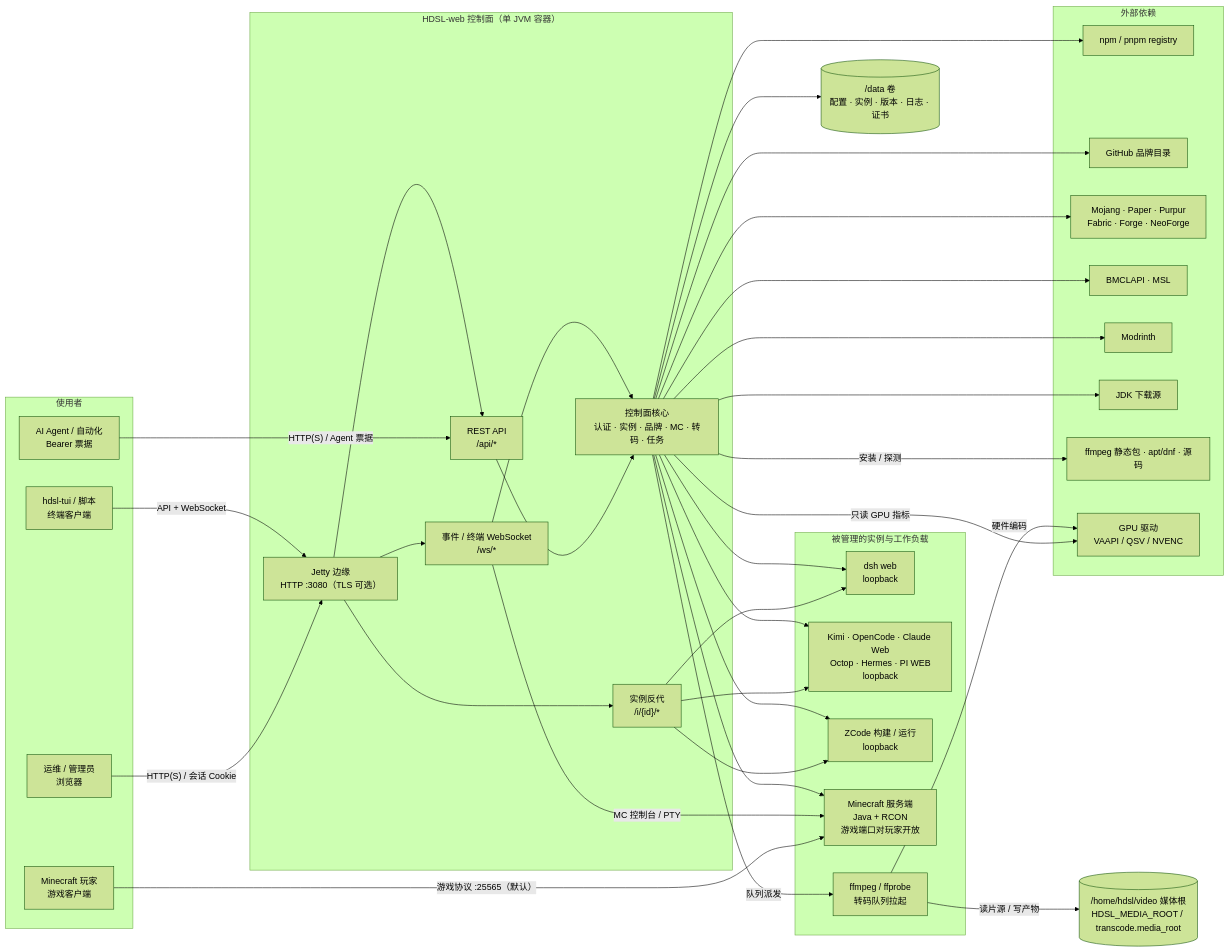
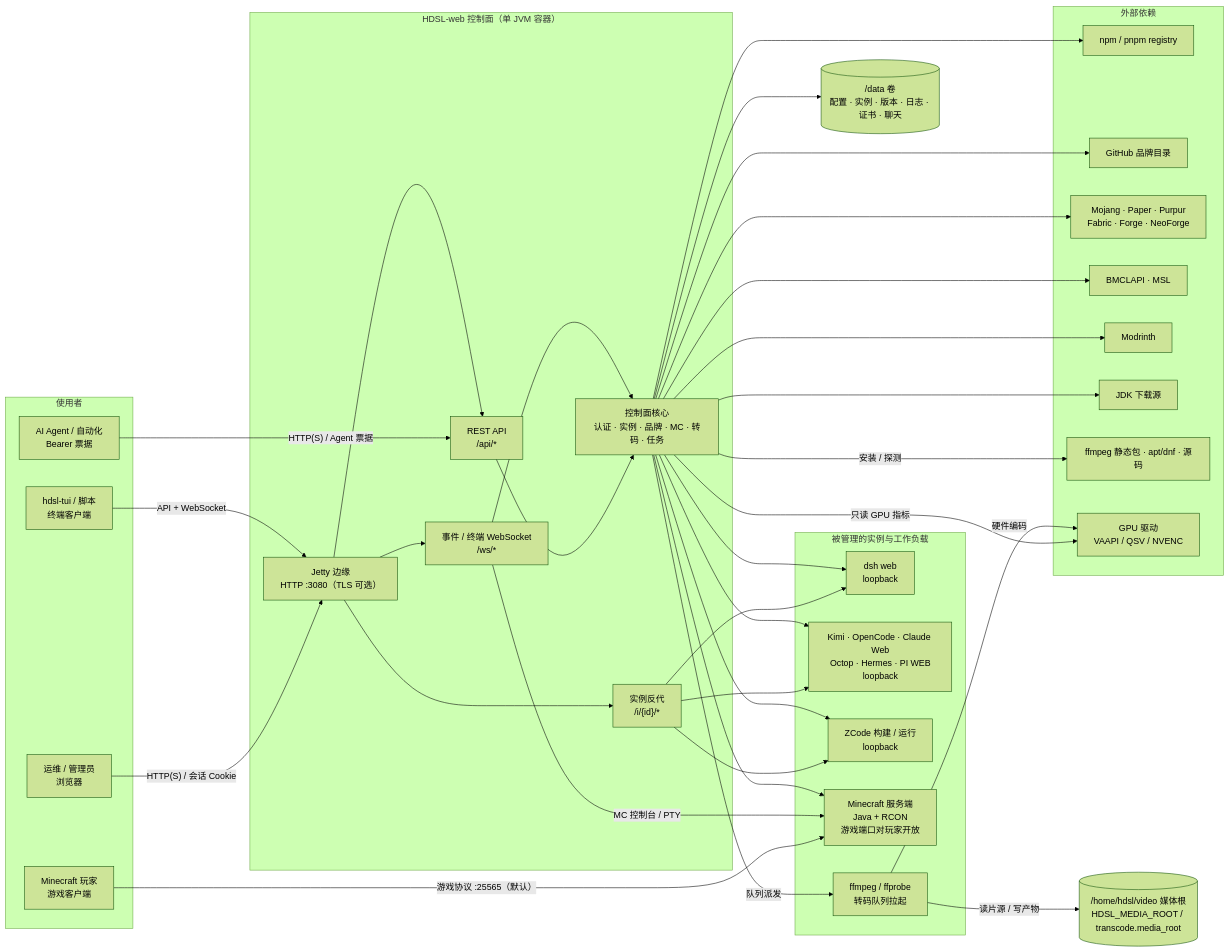
One commit to nas200-timmy/HDSL-WEB changed the diagram in docs/architecture/context.md. Above: the diagram before and after it, drawn with Mermaid (forest theme). The commit also changed other lines of this file and 8 other files, not shown here.

````diff
--- a/docs/architecture/context.md
+++ b/docs/architecture/context.md
@@ -5,69 +5,69 @@
 ```mermaid
 flowchart LR
   subgraph users["使用者"]
     op["运维 / 管理员<br/>浏览器"]
     agent["AI Agent / 自动化<br/>Bearer 票据"]
     tui["hdsl-tui / 脚本<br/>终端客户端"]
     players["Minecraft 玩家<br/>游戏客户端"]
   end
 
   subgraph panel["HDSL-web 控制面（单 JVM 容器）"]
     edge["Jetty 边缘<br/>HTTP :3080（TLS 可选）"]
     api["REST API<br/>/api/*"]
     proxy["实例反代<br/>/i/{id}/*"]
     ws["事件 / 终端 WebSocket<br/>/ws/*"]
     control["控制面核心<br/>认证 · 实例 · 品牌 · MC · 转码 · 任务"]
   end
 
   subgraph instances["被管理的实例与工作负载"]
     dsh["dsh web<br/>loopback"]
     brands["Kimi · OpenCode · Claude Web<br/>Octop · Hermes · PI WEB<br/>loopback"]
     zcode["ZCode 构建 / 运行<br/>loopback"]
     mc["Minecraft 服务端<br/>Java + RCON<br/>游戏端口对玩家开放"]
     ffmpeg["ffmpeg / ffprobe<br/>转码队列拉起"]
   end
 
   subgraph external["外部依赖"]
     npm["npm / pnpm registry"]
     gh["GitHub 品牌目录"]
     upstream["Mojang · Paper · Purpur<br/>Fabric · Forge · NeoForge"]
     mirror["BMCLAPI · MSL"]
     modrinth["Modrinth"]
     jdk["JDK 下载源"]
     ffmpegdl["ffmpeg 静态包 · apt/dnf · 源码"]
     gpu["GPU 驱动<br/>VAAPI / QSV / NVENC"]
   end
 
-  data[("/data 卷<br/>配置 · 实例 · 版本 · 日志 · 证书")]
+  data[("/data 卷<br/>配置 · 实例 · 版本 · 日志 · 证书 · 聊天")]
   media[("/home/hdsl/video 媒体根<br/>HDSL_MEDIA_ROOT / transcode.media_root")]
 
   op -->|"HTTP(S) / 会话 Cookie"| edge
   agent -->|"HTTP(S) / Agent 票据"| api
   tui -->|"API + WebSocket"| edge
   players -->|"游戏协议 :25565（默认）"| mc
   edge --> api
   edge --> proxy
   edge --> ws
   api --> control
   ws --> control
   proxy --> dsh
   proxy --> brands
   proxy --> zcode
   ws -->|"MC 控制台 / PTY"| mc
   control --> dsh
   control --> brands
   control --> zcode
   control --> mc
   control -->|"队列派发"| ffmpeg
   control -->|"安装 / 探测"| ffmpegdl
   control -->|"只读 GPU 指标"| gpu
   control --> data
   control --> npm
   control --> gh
   control --> upstream
   control --> mirror
   control --> modrinth
   control --> jdk
   ffmpeg -->|"读片源 / 写产物"| media
   ffmpeg -->|"硬件编码"| gpu
 ```
````
